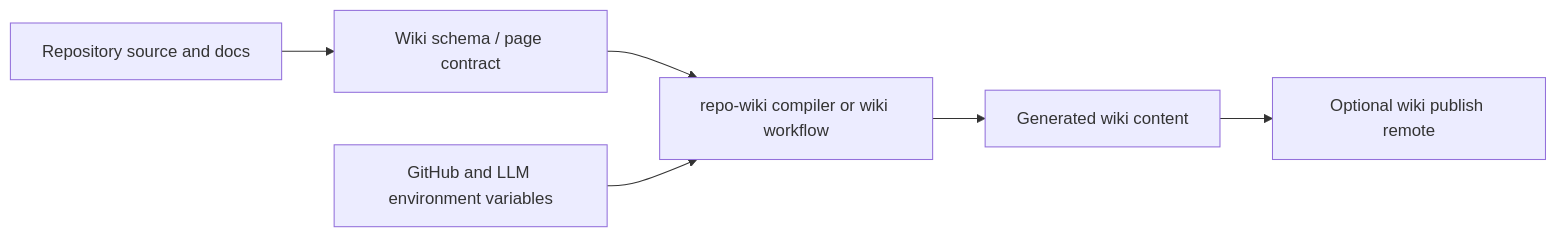
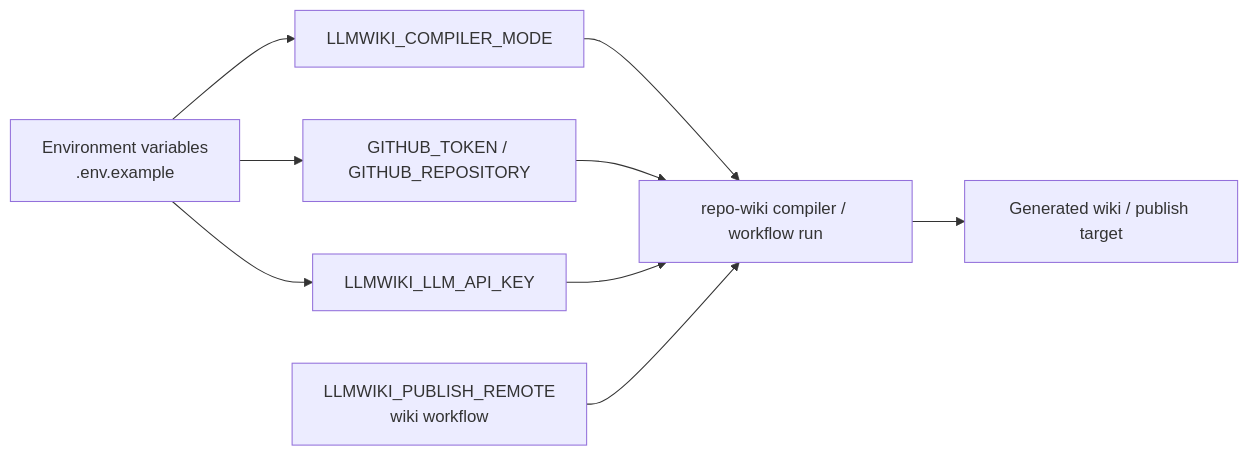
Before and after one commit to mfittko/repo-wiki: the third of 4 diagrams in Architecture.md, drawn with Mermaid. The commit also changed other lines of this file and 46 other files, not shown here.

Commit message:
Compile repository wiki 2026-06-13T08:35:19.100Z

````diff
--- a/Architecture.md
+++ b/Architecture.md
@@ -173,8 +208,19 @@
 ```mermaid
 flowchart LR
-    Sources["Repository source and docs"] --> Schema["Wiki schema / page contract"]
-    Schema --> Compiler["repo-wiki compiler or wiki workflow"]
-    Env["GitHub and LLM environment variables"] --> Compiler
-    Compiler --> Output["Generated wiki content"]
-    Output --> Publish["Optional wiki publish remote"]
+    Env["Environment variables\n.env.example"]
+    Mode["LLMWIKI_COMPILER_MODE"]
+    GitHubAuth["GITHUB_TOKEN / GITHUB_REPOSITORY"]
+    LLMKey["LLMWIKI_LLM_API_KEY"]
+    PublishRemote["LLMWIKI_PUBLISH_REMOTE\nwiki workflow"]
+    Compiler["repo-wiki compiler / workflow run"]
+    Output["Generated wiki / publish target"]
+
+    Env --> Mode
+    Env --> GitHubAuth
+    Env --> LLMKey
+    Mode --> Compiler
+    GitHubAuth --> Compiler
+    LLMKey --> Compiler
+    PublishRemote --> Compiler
+    Compiler --> Output
 ```
````
